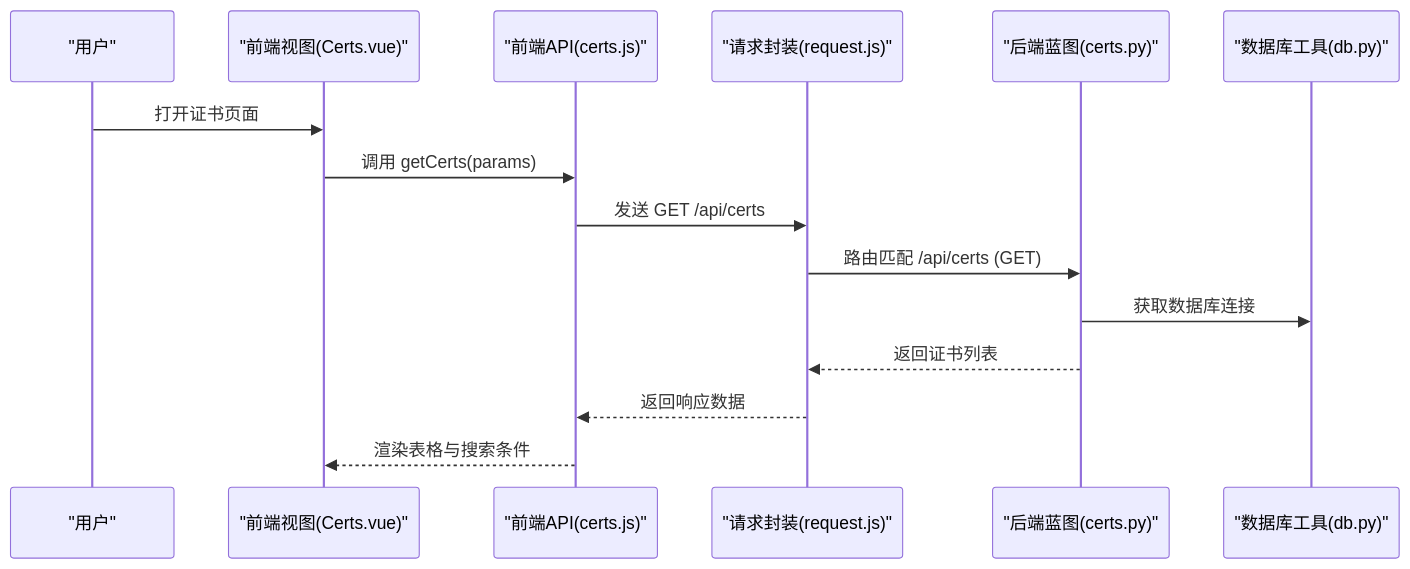
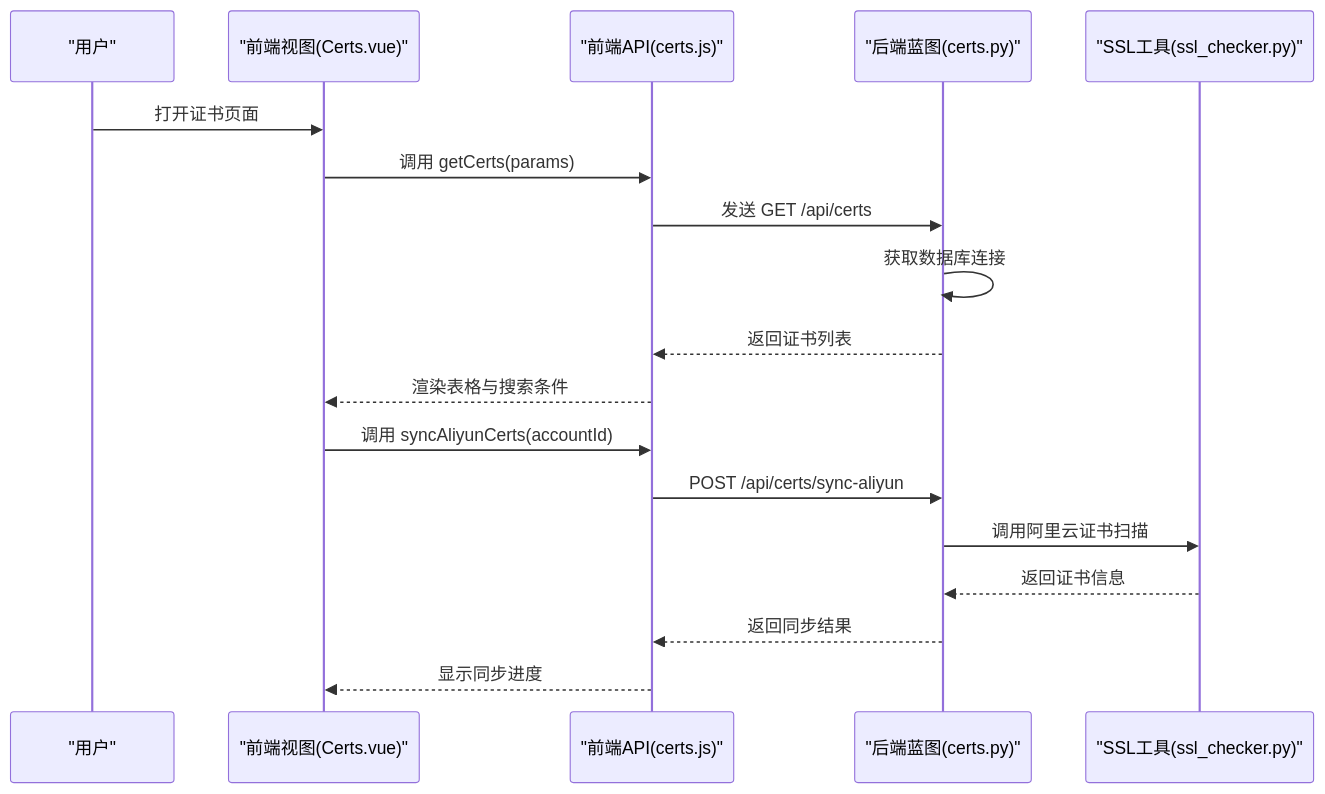
One commit to ismine3/OPS changed the second of 3 diagrams in .qoder/repowiki/zh/content/API接口文档/证书管理接口.md. Above: the diagram before and after it, drawn with Mermaid. The commit also changed other lines of this file and 13 other files, not shown here.

````diff
--- a/.qoder/repowiki/zh/content/API接口文档/证书管理接口.md
+++ b/.qoder/repowiki/zh/content/API接口文档/证书管理接口.md
@@ -101,17 +97,20 @@
 ```mermaid
 sequenceDiagram
 participant U as "用户"
 participant V as "前端视图(Certs.vue)"
 participant A as "前端API(certs.js)"
-participant R as "请求封装(request.js)"
 participant B as "后端蓝图(certs.py)"
-participant D as "数据库工具(db.py)"
+participant S as "SSL工具(ssl_checker.py)"
 U->>V : 打开证书页面
 V->>A : 调用 getCerts(params)
-A->>R : 发送 GET /api/certs
-R->>B : 路由匹配 /api/certs (GET)
-B->>D : 获取数据库连接
-B-->>R : 返回证书列表
-R-->>A : 返回响应数据
+A->>B : 发送 GET /api/certs
+B->>B : 获取数据库连接
+B-->>A : 返回证书列表
 A-->>V : 渲染表格与搜索条件
+V->>A : 调用 syncAliyunCerts(accountId)
+A->>B : POST /api/certs/sync-aliyun
+B->>S : 调用阿里云证书扫描
+S-->>B : 返回证书信息
+B-->>A : 返回同步结果
+A-->>V : 显示同步进度
 ```
````
